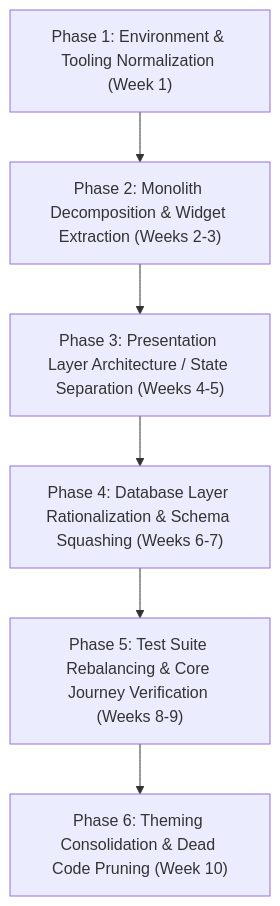
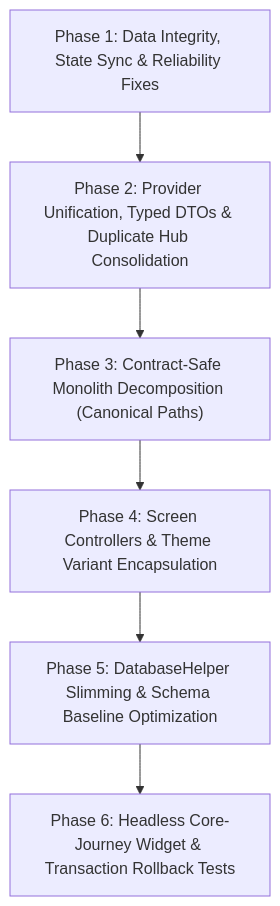
Before and after one commit to Wh1ppedCream/workoutapp: the diagram in docs/CODEBASE_COMPREHENSIVE_REVIEW.md, drawn with Mermaid. The commit also changed other lines of this file and 1 other file, not shown here.

Commit message:
Document Pass 2 maintainability and reliability audit and verification

````diff
--- a/docs/CODEBASE_COMPREHENSIVE_REVIEW.md
+++ b/docs/CODEBASE_COMPREHENSIVE_REVIEW.md
@@ -281,15 +313,11 @@
 ```mermaid
 flowchart TD
-    P1["Phase 1: Environment & Tooling Normalization (Week 1)"]
-    P2["Phase 2: Monolith Decomposition & Widget Extraction (Weeks 2-3)"]
-    P3["Phase 3: Presentation Layer Architecture / State Separation (Weeks 4-5)"]
-    P4["Phase 4: Database Layer Rationalization & Schema Squashing (Weeks 6-7)"]
-    P5["Phase 5: Test Suite Rebalancing & Core Journey Verification (Weeks 8-9)"]
-    P6["Phase 6: Theming Consolidation & Dead Code Pruning (Week 10)"]
+    P1["Phase 1: Data Integrity, State Sync & Reliability Fixes"]
+    P2["Phase 2: Provider Unification, Typed DTOs & Duplicate Hub Consolidation"]
+    P3["Phase 3: Contract-Safe Monolith Decomposition (Canonical Paths)"]
+    P4["Phase 4: Screen Controllers & Theme Variant Encapsulation"]
+    P5["Phase 5: DatabaseHelper Slimming & Schema Baseline Optimization"]
+    P6["Phase 6: Headless Core-Journey Widget & Transaction Rollback Tests"]
 
-    P1 --> P2
-    P2 --> P3
-    P3 --> P4
-    P4 --> P5
-    P5 --> P6
+    P1 --> P2 --> P3 --> P4 --> P5 --> P6
 ```
````
